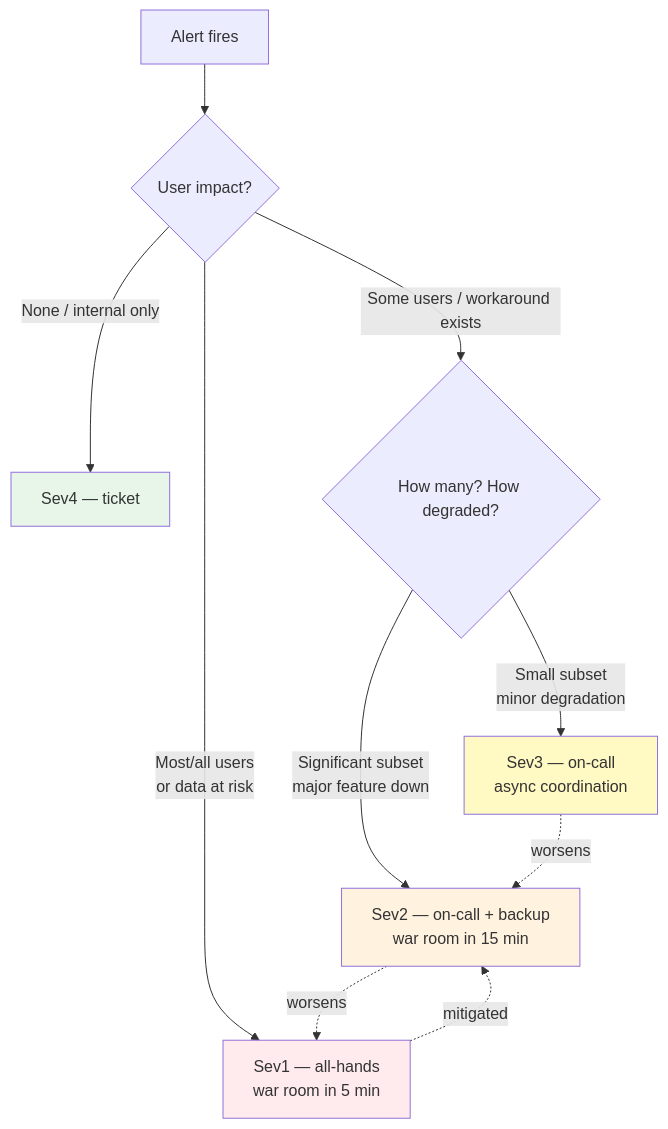
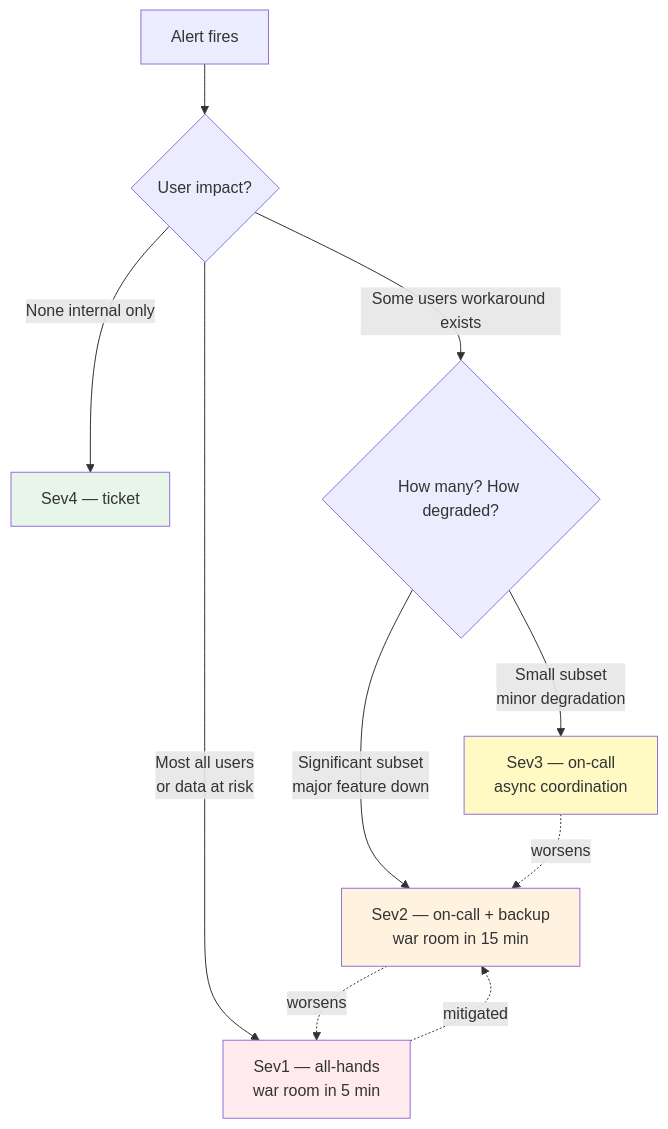
The second of 7 diagrams in vol-11-reliability-sre/ch05-incident-response.md (bumbsclaw/textbooks), drawn with Mermaid before and after one commit. The commit also changed other lines of this file and 173 other files, not shown here.

First line of the commit message:
fix(mermaid): close note brackets, semicolons in Notes, stateDiagram br -> dash, edge parens

````diff
--- a/vol-11-reliability-sre/ch05-incident-response.md
+++ b/vol-11-reliability-sre/ch05-incident-response.md
@@ -152,19 +152,19 @@
 ```mermaid
 flowchart TB
     Alert["Alert fires"] --> Q1{"User impact?"}
-    Q1 -->|None / internal only| Sev4["Sev4 — ticket"]
-    Q1 -->|Some users / workaround exists| Q2{"How many? How degraded?"}
-    Q1 -->|Most/all users<br/>or data at risk| Sev1["Sev1 — all-hands<br/>war room in 5 min"]
+    Q1 -->|None internal only| Sev4["Sev4 — ticket"]
+    Q1 -->|Some users workaround exists| Q2{"How many? How degraded?"}
+    Q1 -->|Most all users<br >or data at risk| Sev1["Sev1 — all-hands<br/>war room in 5 min"]
 
-    Q2 -->|Small subset<br/>minor degradation| Sev3["Sev3 — on-call<br/>async coordination"]
-    Q2 -->|Significant subset<br/>major feature down| Sev2["Sev2 — on-call + backup<br/>war room in 15 min"]
+    Q2 -->|Small subset<br >minor degradation| Sev3["Sev3 — on-call<br/>async coordination"]
+    Q2 -->|Significant subset<br >major feature down| Sev2["Sev2 — on-call + backup<br/>war room in 15 min"]
 
     Sev3 -.->|"worsens"| Sev2
     Sev2 -.->|"worsens"| Sev1
     Sev1 -.->|"mitigated"| Sev2
 
     style Sev1 fill:#ffebee
     style Sev2 fill:#fff3e0
     style Sev3 fill:#fff9c4
     style Sev4 fill:#e8f5e9
 ```
````
